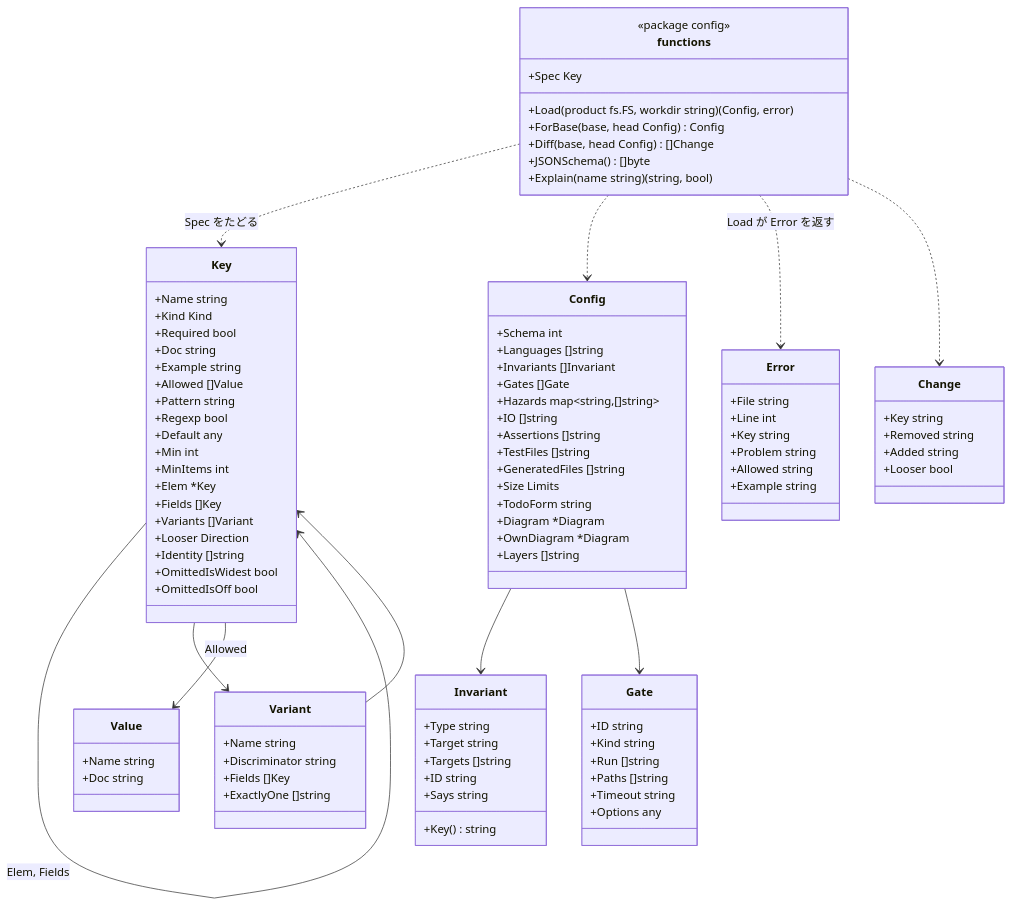
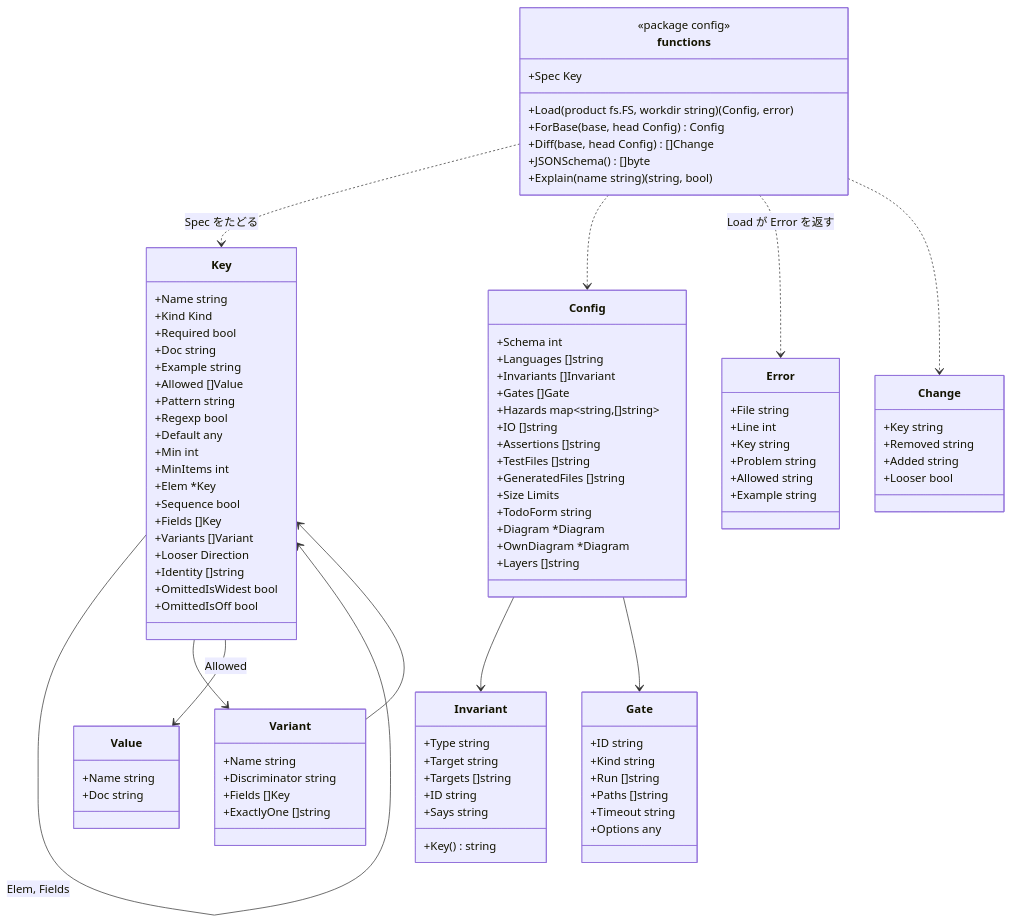
One commit to rerorets/hadome changed the diagram in docs/design/configuration.ja.md. Above: the diagram before and after it, drawn with Mermaid. The commit also changed other lines of this file and 48 other files, not shown here.

```diff
--- a/docs/design/configuration.ja.md
+++ b/docs/design/configuration.ja.md
@@ -219,6 +219,7 @@
     +Min int
     +MinItems int
     +Elem *Key
+    +Sequence bool
     +Fields []Key
     +Variants []Variant
     +Looser Direction
```
